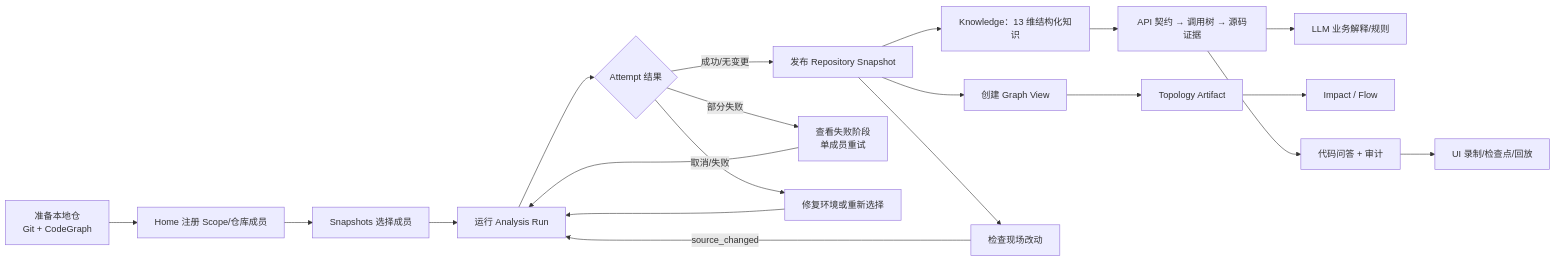
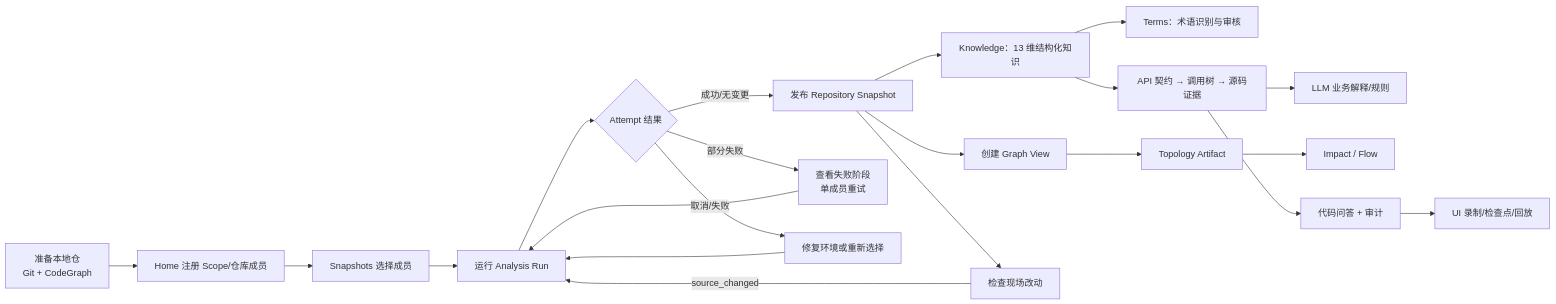
One commit to wenxueliu/codeevolution changed the second of 2 diagrams in docs/prd.md. Above: the diagram before and after it, drawn with Mermaid. The commit also changed other lines of this file and 1 other file, not shown here.

````diff
--- a/docs/prd.md
+++ b/docs/prd.md
@@ -115,22 +119,23 @@
 ```mermaid
 flowchart LR
     A[准备本地仓\nGit + CodeGraph] --> B[Home 注册 Scope/仓库成员]
     B --> C[Snapshots 选择成员]
     C --> D[运行 Analysis Run]
     D --> E{Attempt 结果}
     E -->|成功/无变更| F[发布 Repository Snapshot]
     E -->|部分失败| G[查看失败阶段\n单成员重试]
     G --> D
     E -->|取消/失败| H[修复环境或重新选择]
     H --> D
     F --> I[创建 Graph View]
     F --> J[Knowledge：13 维结构化知识]
+    J --> R[Terms：术语识别与审核]
     J --> K[API 契约 → 调用树 → 源码证据]
     K --> L[LLM 业务解释/规则]
     I --> M[Topology Artifact]
     M --> N[Impact / Flow]
     K --> O[代码问答 + 审计]
     O --> P[UI 录制/检查点/回放]
     F --> Q[检查现场改动]
     Q -->|source_changed| D
 ```
````
